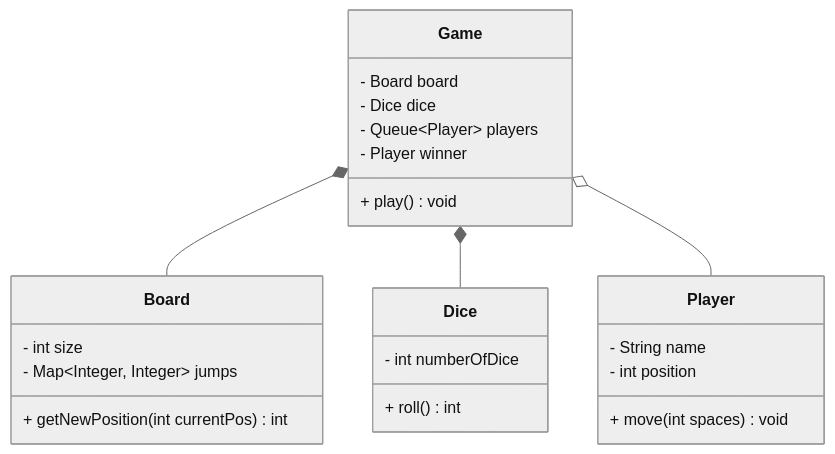
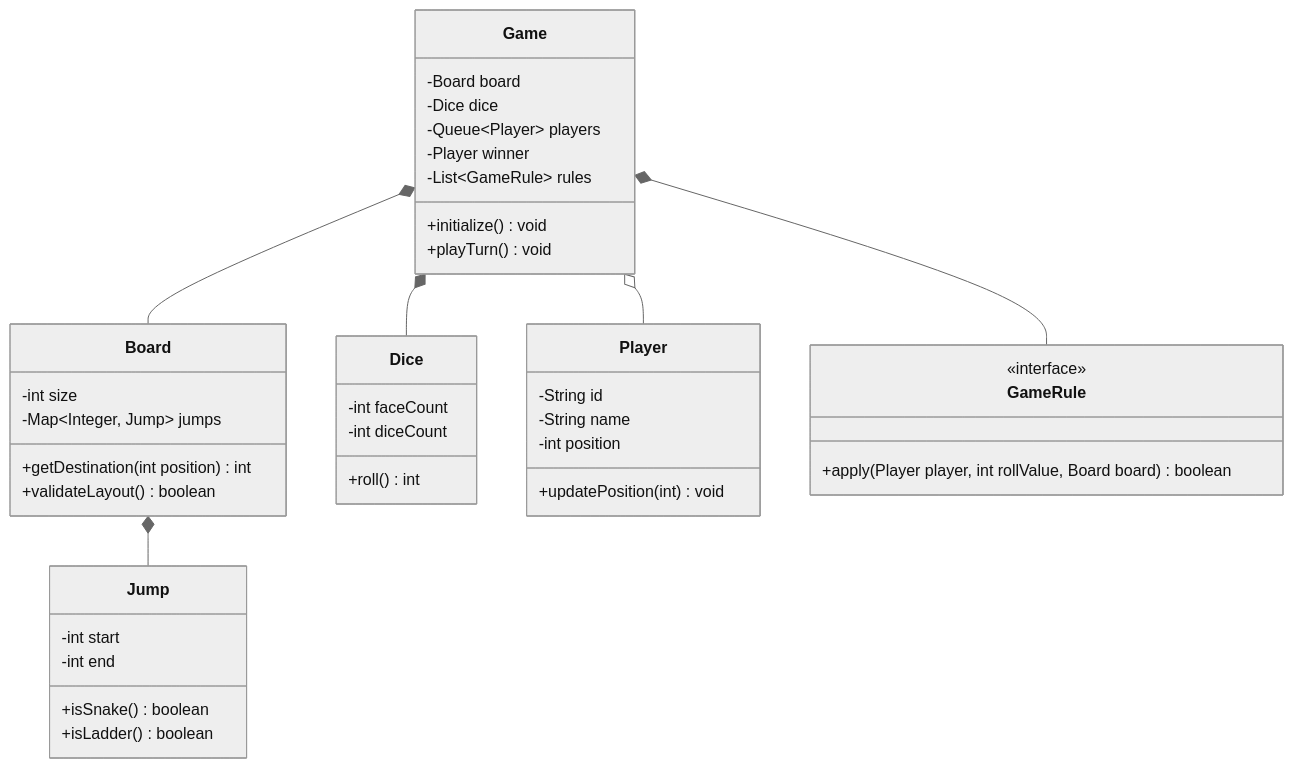
One commit to akshay-k-r/Interview-Prep-Resource changed the second of 2 diagrams in src/pages/03-lld/machine-coding/snake-ladder/index.mdx. Above: the diagram before and after it, drawn with Mermaid (neutral theme). The commit also changed other lines of this file and 179 other files, not shown here.

````diff
--- a/src/pages/03-lld/machine-coding/snake-ladder/index.mdx
+++ b/src/pages/03-lld/machine-coding/snake-ladder/index.mdx
@@ -22,31 +64,50 @@
 ```mermaid
 classDiagram
     class Game {
-        - Board board
-        - Dice dice
-        - Queue~Player~ players
-        - Player winner
-        + play() void
+        -Board board
+        -Dice dice
+        -Queue~Player~ players
+        -Player winner
+        -List~GameRule~ rules
+        +initialize() void
+        +playTurn() void
     }
 
     class Board {
-        - int size
-        - Map~Integer, Integer~ jumps
-        + getNewPosition(int currentPos) int
+        -int size
+        -Map~Integer, Jump~ jumps
+        +getDestination(int position) int
+        +validateLayout() boolean
+    }
+
+    class Jump {
+        -int start
+        -int end
+        +isSnake() boolean
+        +isLadder() boolean
     }
 
     class Dice {
-        - int numberOfDice
-        + roll() int
+        -int faceCount
+        -int diceCount
+        +roll() int
     }
 
     class Player {
-        - String name
-        - int position
-        + move(int spaces) void
+        -String id
+        -String name
+        -int position
+        +updatePosition(int) void
+    }
+
+    class GameRule {
+        <<interface>>
+        +apply(Player player, int rollValue, Board board) boolean
     }
 
     Game *-- Board
     Game *-- Dice
     Game o-- Player
+    Game *-- GameRule
+    Board *-- Jump
 ```
````
